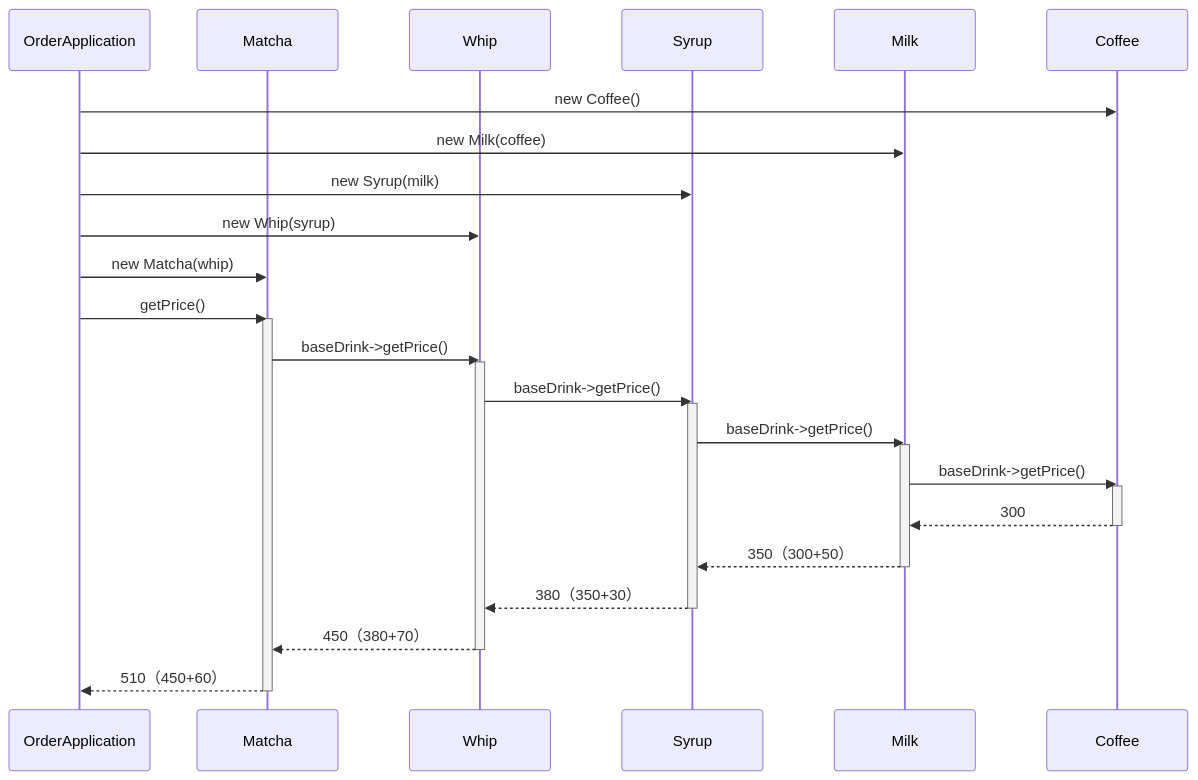
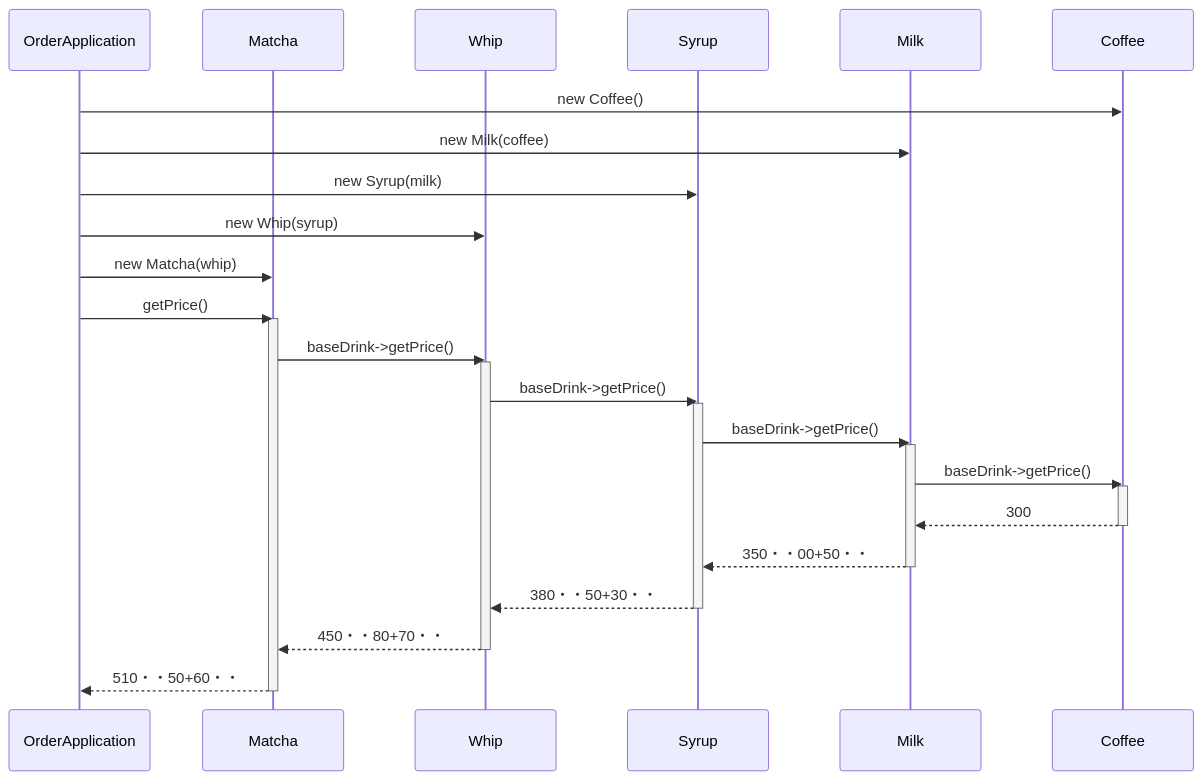
One commit to kumachan1101-pixel/DesignPattern changed the third of 5 diagrams in kindle/design-patterns/output/chapter06.md. Above: the diagram before and after it, drawn with Mermaid. The commit also changed other lines of this file and 4 other files, not shown here.

````diff
--- a/kindle/design-patterns/output/chapter06.md
+++ b/kindle/design-patterns/output/chapter06.md
@@ -1140,35 +1144,35 @@
 ```mermaid
 sequenceDiagram
     participant OA as OrderApplication
     participant Ma as Matcha
     participant Wh as Whip
     participant Sy as Syrup
     participant Mi as Milk
     participant C as Coffee
 
     OA->>C: new Coffee()
     OA->>Mi: new Milk(coffee)
     OA->>Sy: new Syrup(milk)
     OA->>Wh: new Whip(syrup)
     OA->>Ma: new Matcha(whip)
     OA->>Ma: getPrice()
     activate Ma
     Ma->>Wh: baseDrink->getPrice()
     activate Wh
     Wh->>Sy: baseDrink->getPrice()
     activate Sy
     Sy->>Mi: baseDrink->getPrice()
     activate Mi
     Mi->>C: baseDrink->getPrice()
     activate C
     C-->>Mi: 300
     deactivate C
-    Mi-->>Sy: 350（300+50）
+    Mi-->>Sy: 350・・00+50・・
     deactivate Mi
-    Sy-->>Wh: 380（350+30）
+    Sy-->>Wh: 380・・50+30・・
     deactivate Sy
-    Wh-->>Ma: 450（380+70）
+    Wh-->>Ma: 450・・80+70・・
     deactivate Wh
-    Ma-->>OA: 510（450+60）
+    Ma-->>OA: 510・・50+60・・
     deactivate Ma
 ```
````
